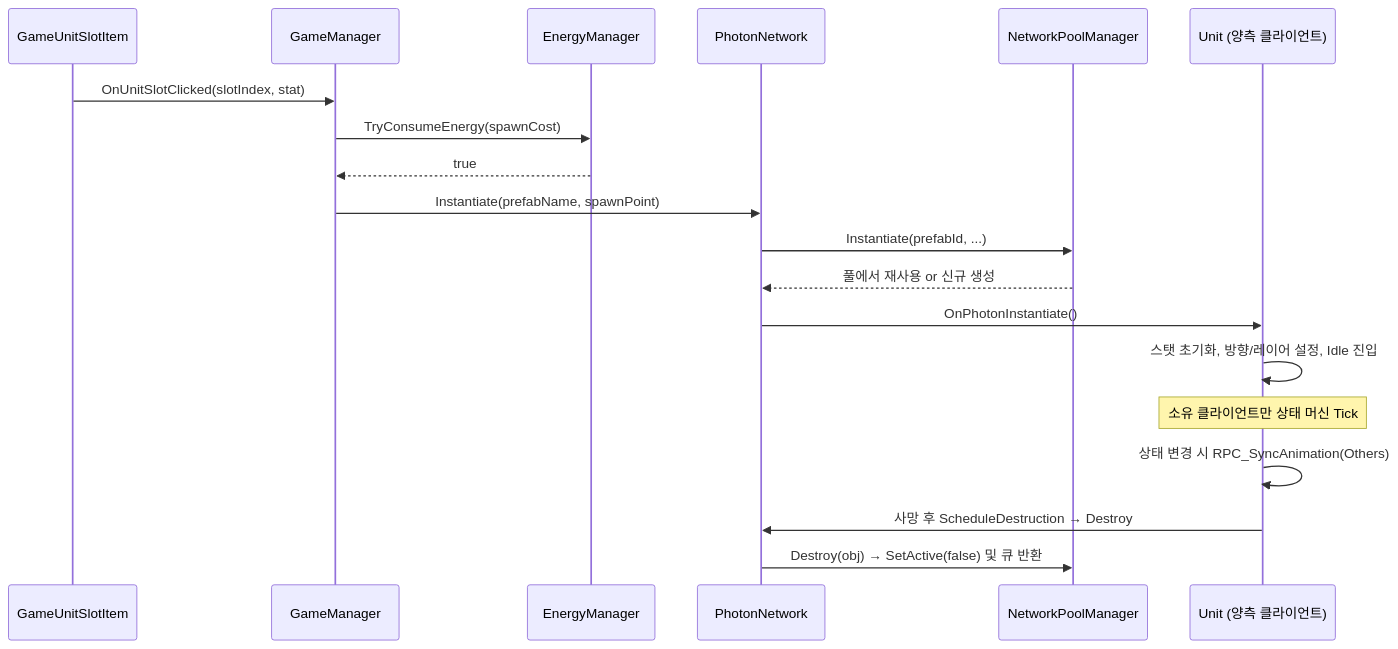
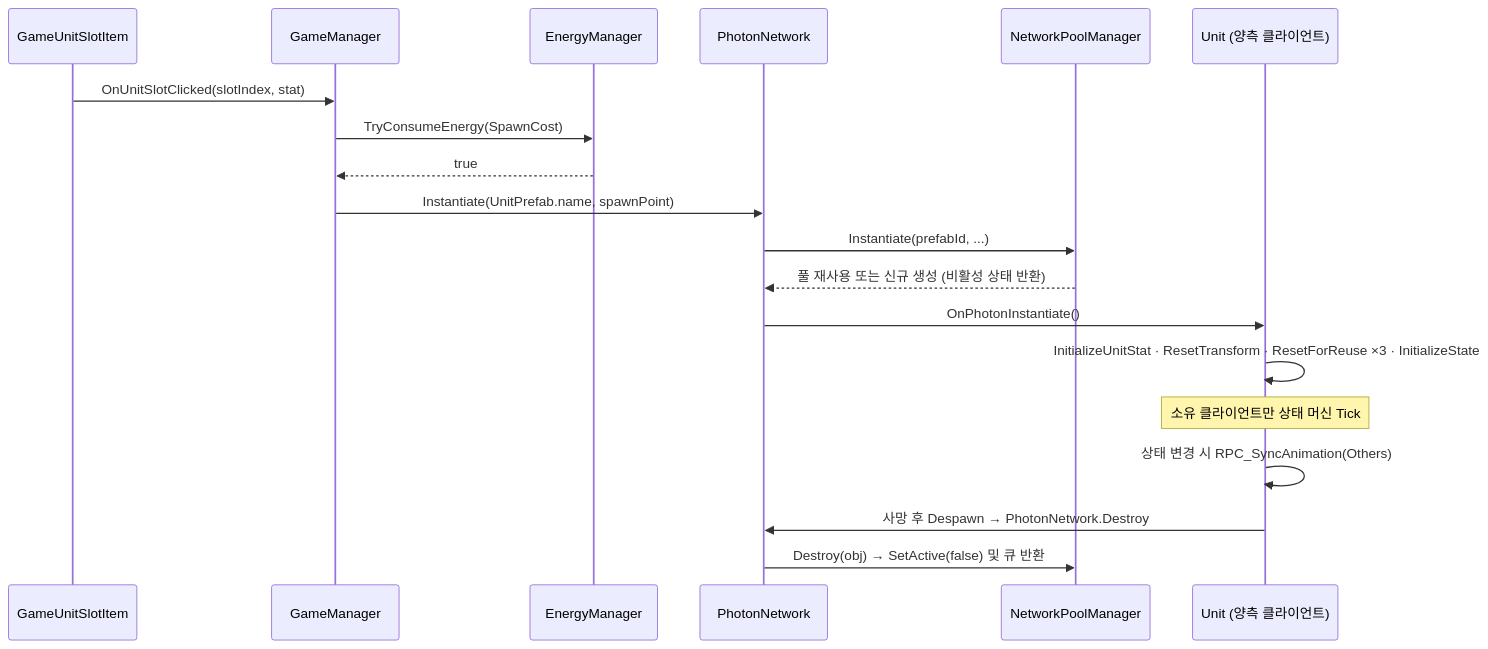
The ninth of 15 diagrams in Docs/ClassDiagram.md (dbwoaud/ElementalWar_portfolio), drawn with Mermaid before and after one commit. The commit also changed other lines of this file, not shown here.

````diff
--- a/Docs/ClassDiagram.md
+++ b/Docs/ClassDiagram.md
@@ -618,22 +700,22 @@
 ```mermaid
 sequenceDiagram
     participant UI as GameUnitSlotItem
     participant GM as GameManager
     participant EN as EnergyManager
     participant PN as PhotonNetwork
     participant Pool as NetworkPoolManager
     participant U as Unit (양측 클라이언트)
 
     UI->>GM: OnUnitSlotClicked(slotIndex, stat)
-    GM->>EN: TryConsumeEnergy(spawnCost)
+    GM->>EN: TryConsumeEnergy(SpawnCost)
     EN-->>GM: true
-    GM->>PN: Instantiate(prefabName, spawnPoint)
+    GM->>PN: Instantiate(UnitPrefab.name, spawnPoint)
     PN->>Pool: Instantiate(prefabId, ...)
-    Pool-->>PN: 풀에서 재사용 or 신규 생성
+    Pool-->>PN: 풀 재사용 또는 신규 생성 (비활성 상태 반환)
     PN->>U: OnPhotonInstantiate()
-    U->>U: 스탯 초기화, 방향/레이어 설정, Idle 진입
+    U->>U: InitializeUnitStat · ResetTransform · ResetForReuse ×3 · InitializeState
     Note over U: 소유 클라이언트만 상태 머신 Tick
     U->>U: 상태 변경 시 RPC_SyncAnimation(Others)
-    U->>PN: 사망 후 ScheduleDestruction → Destroy
+    U->>PN: 사망 후 Despawn → PhotonNetwork.Destroy
     PN->>Pool: Destroy(obj) → SetActive(false) 및 큐 반환
 ```
````
